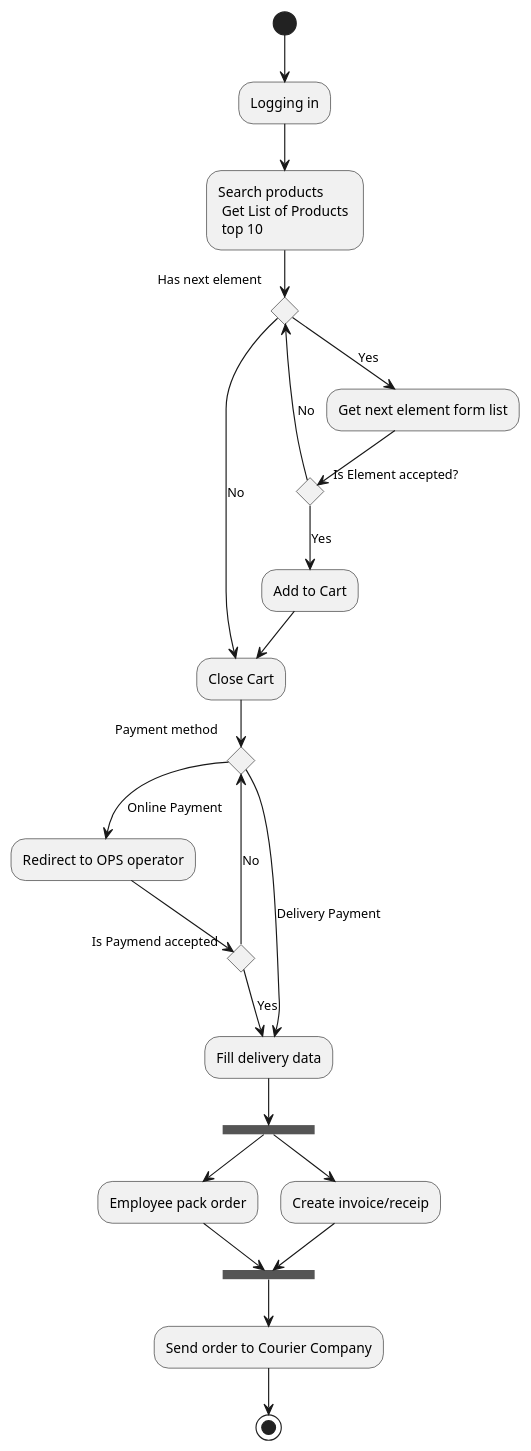
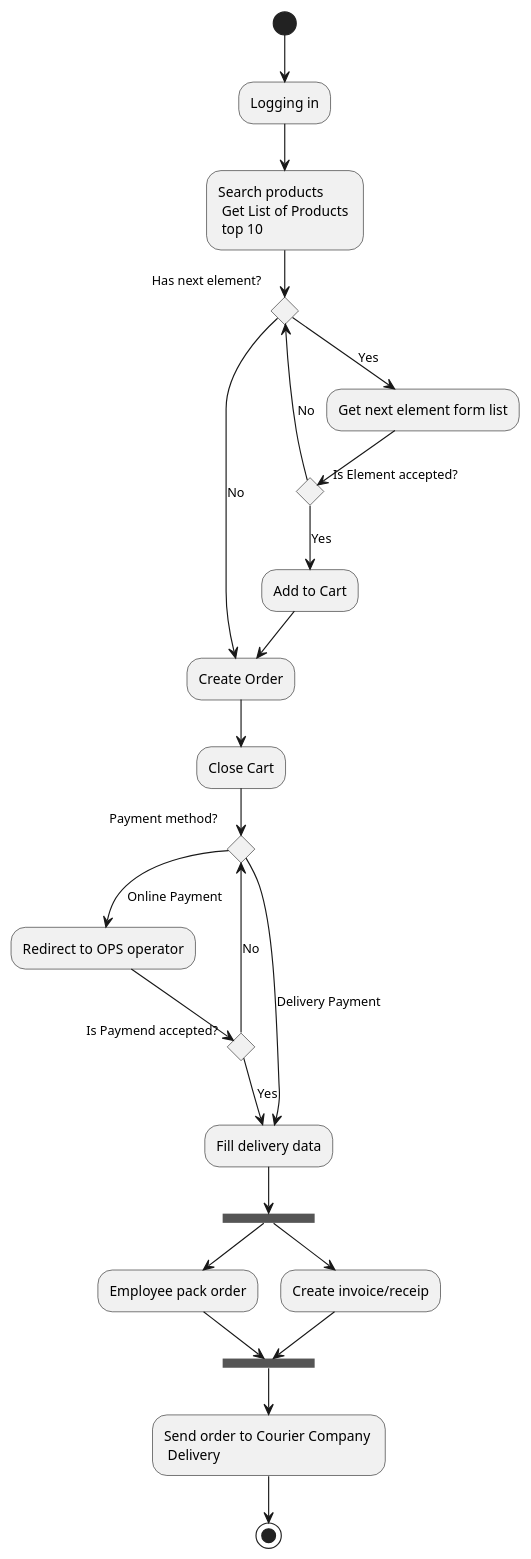
The diagram in Zaoczne/z3.acttivity_diaram.internet_shop.plantuml (kpodlaski/ModelowanieUML_2022), drawn with PlantUML before and after one commit.

Commit message:
drobne poprawki

```diff
--- a/Zaoczne/z3.acttivity_diaram.internet_shop.plantuml
+++ b/Zaoczne/z3.acttivity_diaram.internet_shop.plantuml
@@ -1,34 +1,35 @@
 @startuml
 
 (*) --> "Logging in"
 --> "Search products \n Get List of Products \n top 10"
-if "Has next element" as if1 then 
-    --> [No] "Close Cart"
+if "Has next element?" as if1 then 
+    --> [No] "Create Order"
     else 
     --> [Yes] "Get next element form list" as Next 
 endif 
-    Next --> if "Is Element accepted? " then
+    Next --> if "Is Element accepted?" then
     --> [Yes] "Add to Cart" 
-    --> "Close Cart"
+    --> "Create Order"
     else 
     --> [No] if1
 endif
-"Close Cart" --> if "Payment method" as if2 then 
+"Create Order" -->"Close Cart"
+ if "Payment method?" as if2 then 
     --> [Online Payment] "Redirect to OPS operator" as OPS
-    if "Is Paymend accepted" then 
+    if "Is Paymend accepted?" then 
         --> [Yes] "Fill delivery data"
         else
         --> [No] if2
     endif
     else
         --> [Delivery Payment] "Fill delivery data" 
     endif
 "Fill delivery data" --> ====B1===
 --> "Employee pack order" 
 --> ===B2===
 ===B1=== --> "Create invoice/receip"
 --> ===B2===
---> "Send order to Courier Company"
+--> "Send order to Courier Company \n Delivery"
 --> (*)
 
 @enduml
```
